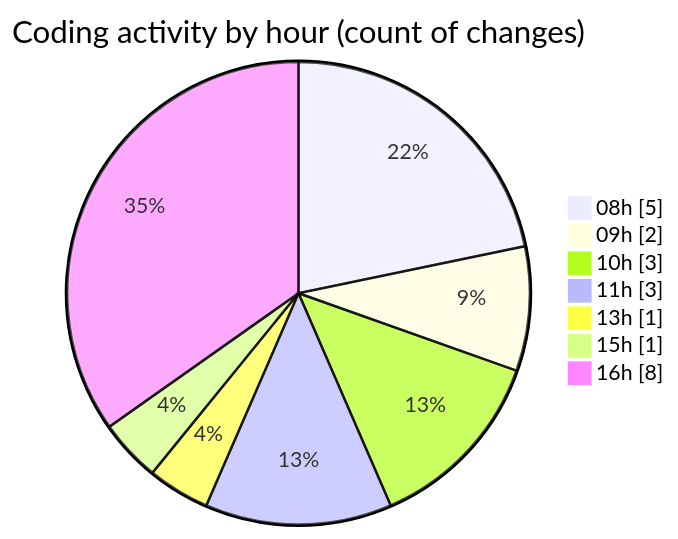
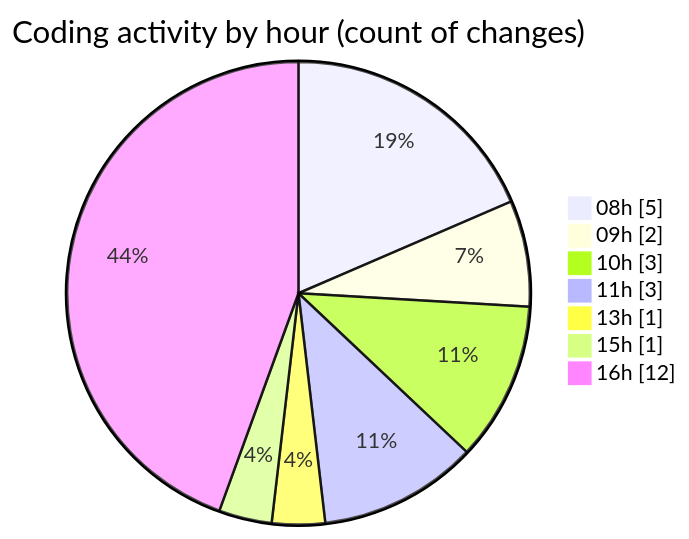
Before and after one commit to julien-gomy/code-tracking: the second of 2 diagrams in 2025-10-27/eventscop-frontend-guide__workspace_/README.md, drawn with Mermaid. The commit also changed other lines of this file and 1 other file, not shown here.

````diff
--- a/2025-10-27/eventscop-frontend-guide__workspace_/README.md
+++ b/2025-10-27/eventscop-frontend-guide__workspace_/README.md
@@ -36,11 +36,11 @@
 ```mermaid
 pie showData
 title Coding activity by hour (count of changes)
 "08h" : 5
 "09h" : 2
 "10h" : 3
 "11h" : 3
 "13h" : 1
 "15h" : 1
-"16h" : 8
+"16h" : 12
 ```
````
